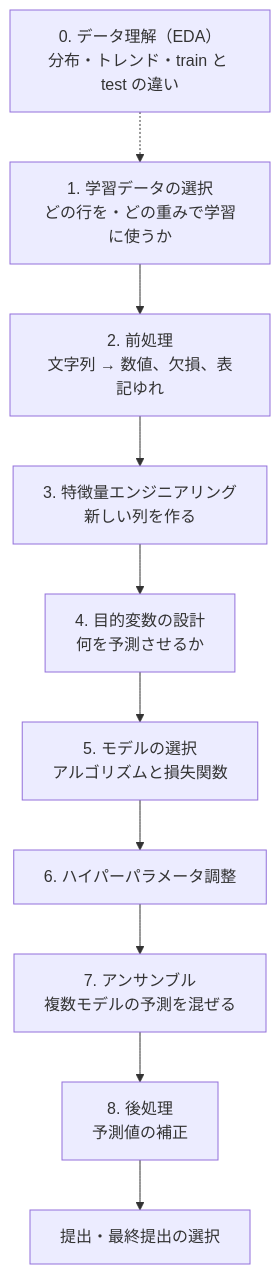
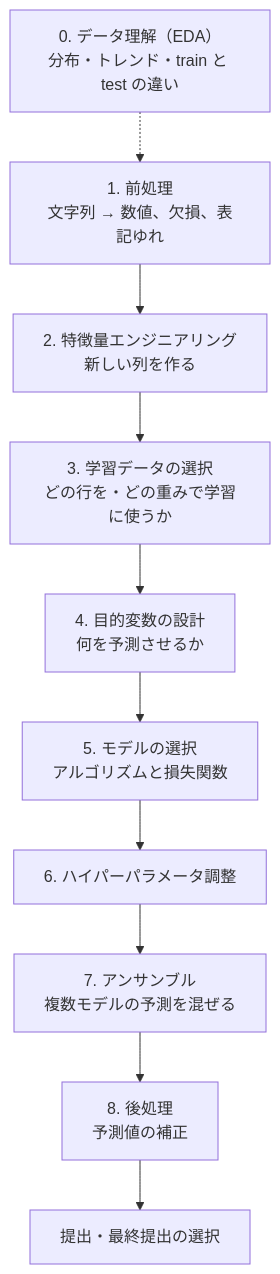
The diagram in docs/workflow.md (TaisukeFujise/condominium-price-pred), drawn with Mermaid before and after one commit. The commit also changed other lines of this file and 21 other files, not shown here.

````diff
--- a/docs/workflow.md
+++ b/docs/workflow.md
@@ -7,16 +9,16 @@
 ```mermaid
 flowchart TD
     S0["0. データ理解（EDA）<br>分布・トレンド・train と test の違い"]
-    S1["1. 学習データの選択<br>どの行を・どの重みで学習に使うか"]
-    S2["2. 前処理<br>文字列 → 数値、欠損、表記ゆれ"]
-    S3["3. 特徴量エンジニアリング<br>新しい列を作る"]
+    S1["1. 前処理<br>文字列 → 数値、欠損、表記ゆれ"]
+    S2["2. 特徴量エンジニアリング<br>新しい列を作る"]
+    S3["3. 学習データの選択<br>どの行を・どの重みで学習に使うか"]
     S4["4. 目的変数の設計<br>何を予測させるか"]
     S5["5. モデルの選択<br>アルゴリズムと損失関数"]
     S6["6. ハイパーパラメータ調整"]
     S7["7. アンサンブル<br>複数モデルの予測を混ぜる"]
     S8["8. 後処理<br>予測値の補正"]
     SUB["提出・最終提出の選択"]
 
     S0 -.-> S1
     S1 --> S2 --> S3 --> S4 --> S5 --> S6 --> S7 --> S8 --> SUB
 ```
````
